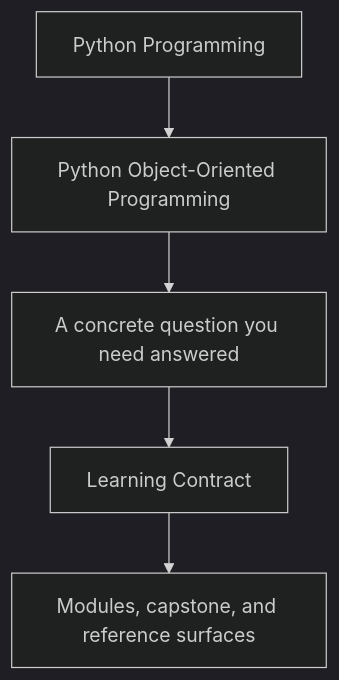
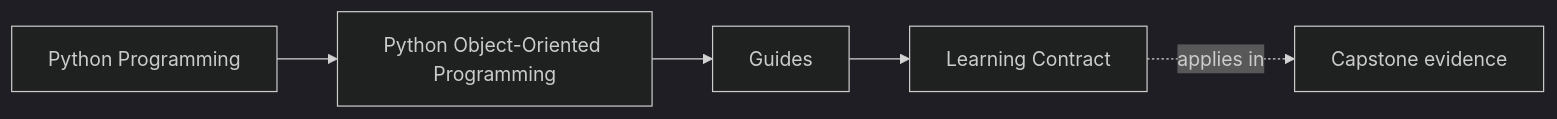
Before and after one commit to bijux/bijux-masterclass: the first of 2 diagrams in programs/python-programming/python-object-oriented-programming/course-book/guides/learning-contract.md, drawn with Mermaid (dark theme). The commit also changed other lines of this file and 65 other files, not shown here.

Commit message:
docs(python-object-oriented-programming): map object model and design foundations

````diff
--- a/programs/python-programming/python-object-oriented-programming/course-book/guides/learning-contract.md
+++ b/programs/python-programming/python-object-oriented-programming/course-book/guides/learning-contract.md
@@ -7,7 +7,11 @@
 ```mermaid
-flowchart TD
-  family["Python Programming"] --> program["Python Object-Oriented Programming"]
-  program --> pressure["A concrete question you need answered"]
-  pressure --> guide["Learning Contract"]
-  guide --> next["Modules, capstone, and reference surfaces"]
+graph LR
+  family["Python Programming"]
+  program["Python Object-Oriented Programming"]
+  section["Guides"]
+  page["Learning Contract"]
+  capstone["Capstone evidence"]
+
+  family --> program --> section --> page
+  page -.applies in.-> capstone
 ```
````
